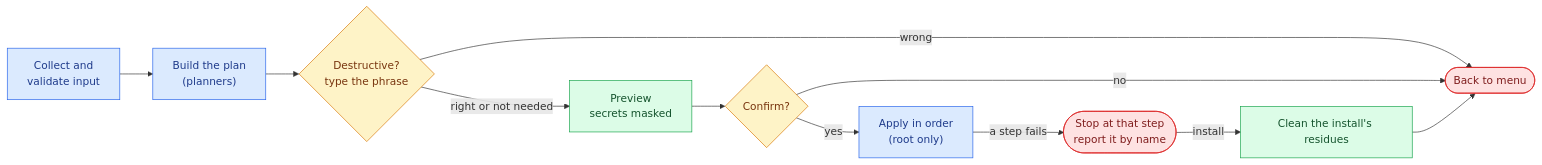
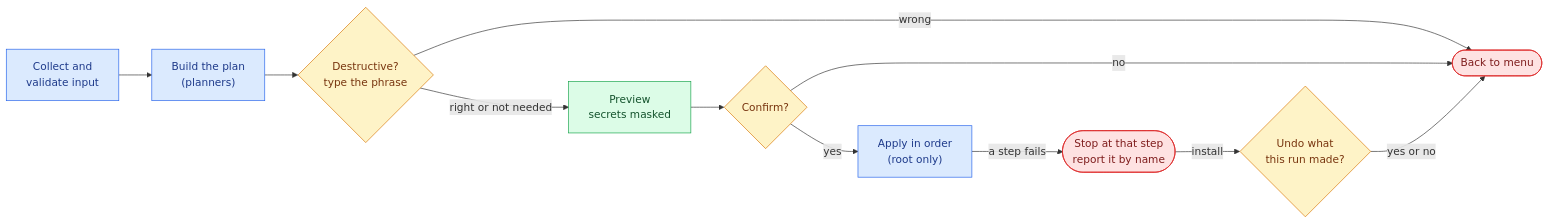
One commit to grojof/odoo_instance_manager_app changed the second of 2 diagrams in docs/architecture.md. Above: the diagram before and after it, drawn with Mermaid. The commit also changed other lines of this file and 32 other files, not shown here.

````diff
--- a/docs/architecture.md
+++ b/docs/architecture.md
@@ -66,21 +66,21 @@
 ```mermaid
 flowchart LR
     collect["Collect and<br/>validate input"] --> build["Build the plan<br/>(planners)"]
     build --> phrase{"Destructive?<br/>type the phrase"}
     phrase -- wrong --> menu(["Back to menu"])
     phrase -- right or not needed --> preview["Preview<br/>secrets masked"]
     preview --> confirm{"Confirm?"}
     confirm -- no --> menu
     confirm -- yes --> apply["Apply in order<br/>(root only)"]
     apply -- a step fails --> stop(["Stop at that step<br/>report it by name"])
-    stop -- install --> cleanup["Clean the install's residues"]
-    cleanup --> menu
+    stop -- install --> cleanup{"Undo what<br/>this run made?"}
+    cleanup -- yes or no --> menu
     classDef step fill:#dbeafe,stroke:#2563eb,color:#1e3a8a
     classDef ask fill:#fef3c7,stroke:#d97706,color:#78350f
     classDef guard fill:#dcfce7,stroke:#16a34a,color:#14532d
     classDef stop fill:#fee2e2,stroke:#dc2626,color:#7f1d1d
     class collect,build,apply step
-    class phrase,confirm ask
-    class preview,cleanup guard
+    class phrase,confirm,cleanup ask
+    class preview guard
     class stop,menu stop
 ```
````
